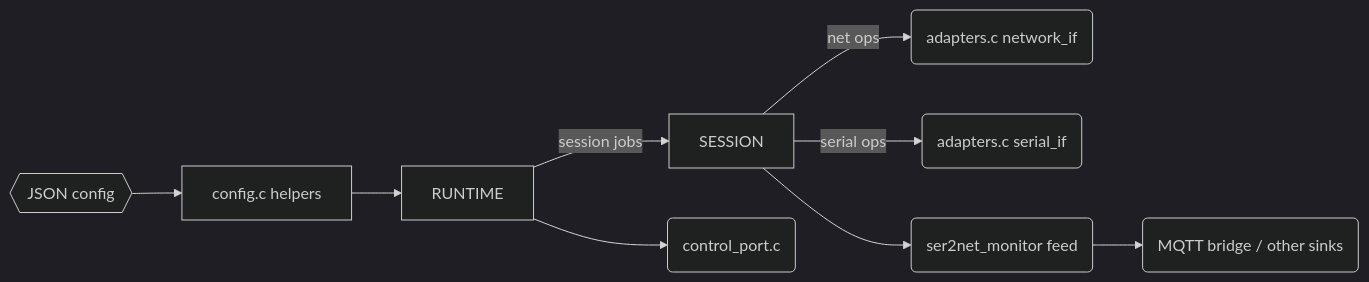
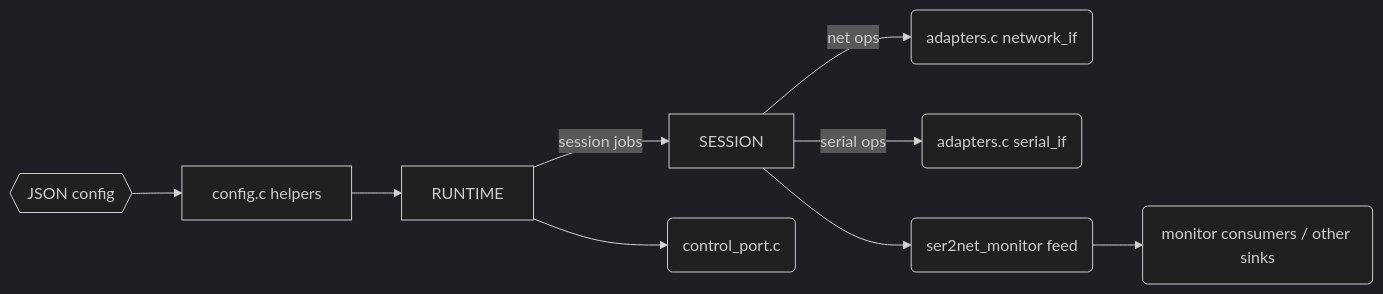
The first of 3 diagrams in docs/overview.md (meckiemac/ser2net_mcu), drawn with Mermaid (dark theme) before and after one commit. The commit also changed other lines of this file, not shown here.

````diff
--- a/docs/overview.md
+++ b/docs/overview.md
@@ -10,11 +10,11 @@
 ```mermaid
 flowchart LR
     JSON{{JSON config}} --> CFG[config.c helpers]
     CFG --> RUNTIME
     RUNTIME -->|session jobs| SESSION
     SESSION -->|net ops| NET(adapters.c network_if)
     SESSION -->|serial ops| UART(adapters.c serial_if)
     RUNTIME --> CTRL(control_port.c)
     SESSION --> MON(ser2net_monitor feed)
-    MON --> MQTT(MQTT bridge / other sinks)
+    MON --> Monitoring(monitor consumers / other sinks)
 ```
````
